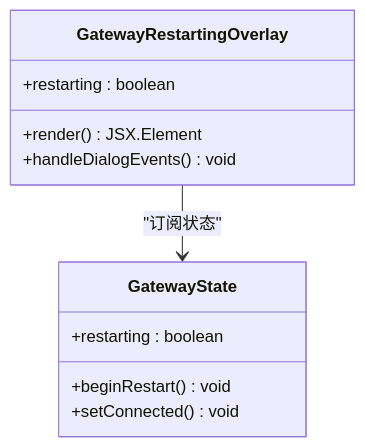
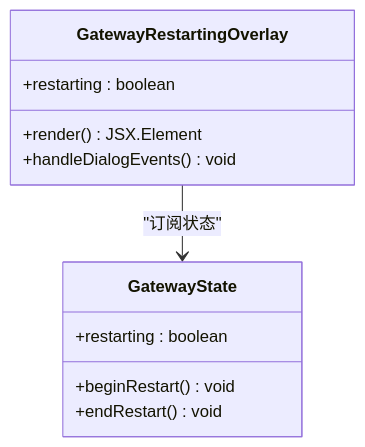
Diagram 12 of 20 in .qoder/repowiki/zh/content/核心概念/网关架构/网关重启系统.md (verse-ai-org/openclaw), drawn with Mermaid before and after one commit. The commit also changed other lines of this file and 86 other files, not shown here.

````diff
--- a/.qoder/repowiki/zh/content/核心概念/网关架构/网关重启系统.md
+++ b/.qoder/repowiki/zh/content/核心概念/网关架构/网关重启系统.md
@@ -496,14 +509,14 @@
 ```mermaid
 classDiagram
 class GatewayRestartingOverlay {
 +restarting : boolean
 +render() JSX.Element
 +handleDialogEvents() void
 }
 class GatewayState {
 +restarting : boolean
 +beginRestart() void
-+setConnected() void
++endRestart() void
 }
 GatewayRestartingOverlay --> GatewayState : "订阅状态"
 ```
````
